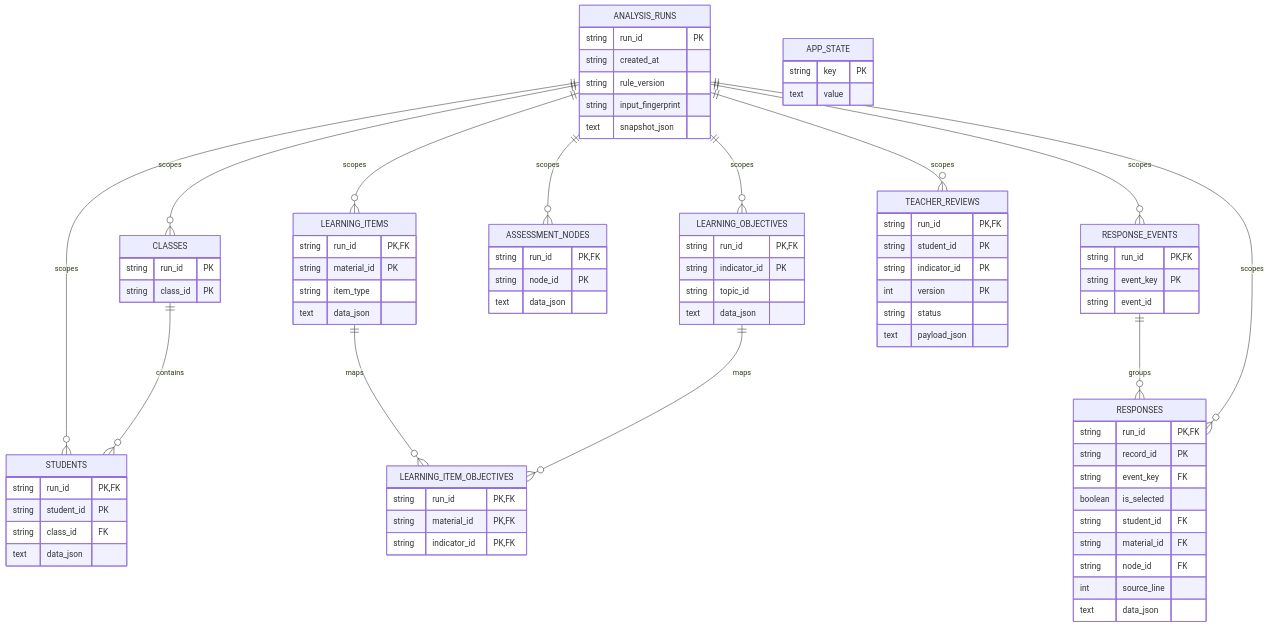
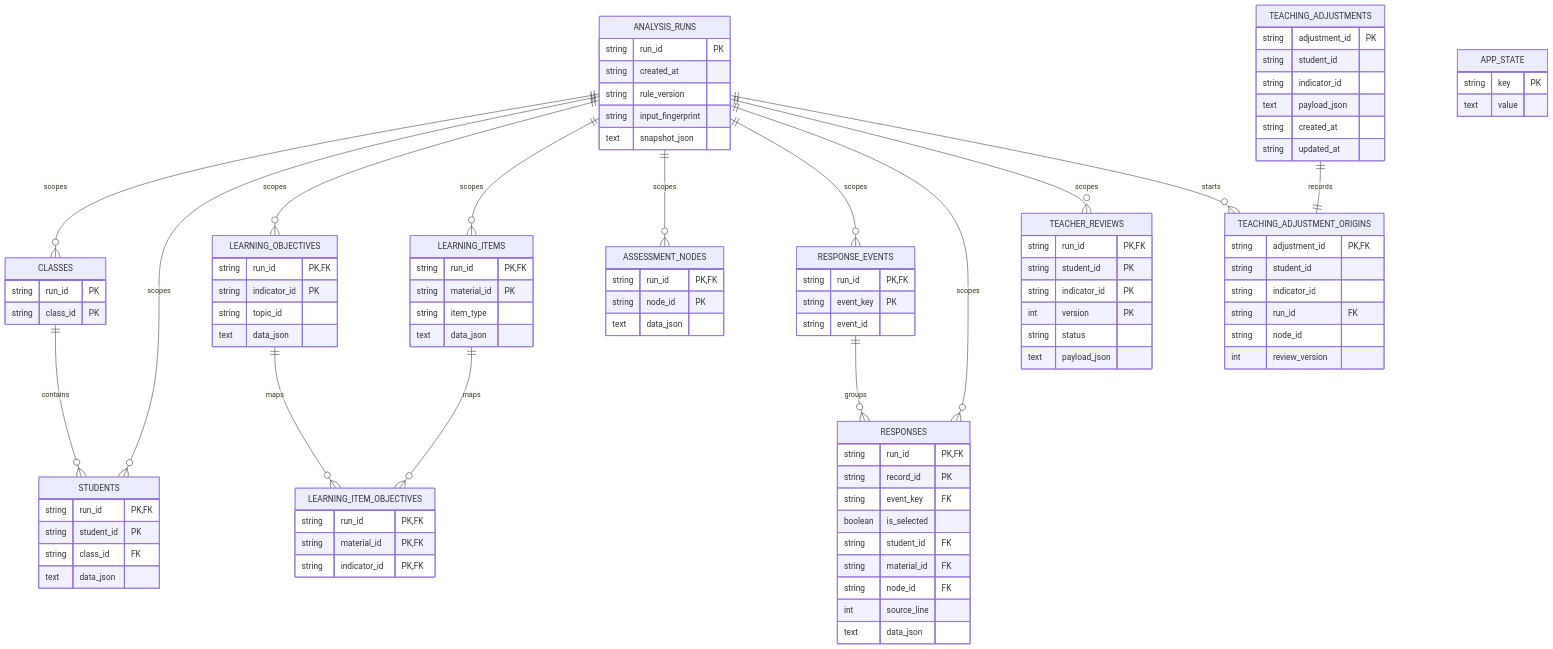
Before and after one commit to Qixi18/NoteBuddy-SmartLearningCompanion: the diagram in docs/architecture/06-database-design.md, drawn with Mermaid. The commit also changed other lines of this file and 45 other files, not shown here.

```diff
--- a/docs/architecture/06-database-design.md
+++ b/docs/architecture/06-database-design.md
@@ -22,6 +22,8 @@
     RESPONSE_EVENTS ||--o{ RESPONSES : groups
     ANALYSIS_RUNS ||--o{ RESPONSES : scopes
     ANALYSIS_RUNS ||--o{ TEACHER_REVIEWS : scopes
+    ANALYSIS_RUNS ||--o{ TEACHING_ADJUSTMENT_ORIGINS : starts
+    TEACHING_ADJUSTMENTS ||--|| TEACHING_ADJUSTMENT_ORIGINS : records
     ANALYSIS_RUNS {
       string run_id PK
       string created_at
@@ -85,6 +87,22 @@
       string status
       text payload_json
     }
+    TEACHING_ADJUSTMENTS {
+      string adjustment_id PK
+      string student_id
+      string indicator_id
+      text payload_json
+      string created_at
+      string updated_at
+    }
+    TEACHING_ADJUSTMENT_ORIGINS {
+      string adjustment_id PK,FK
+      string student_id
+      string indicator_id
+      string run_id FK
+      string node_id
+      int review_version
+    }
     APP_STATE {
       string key PK
       text value
```
